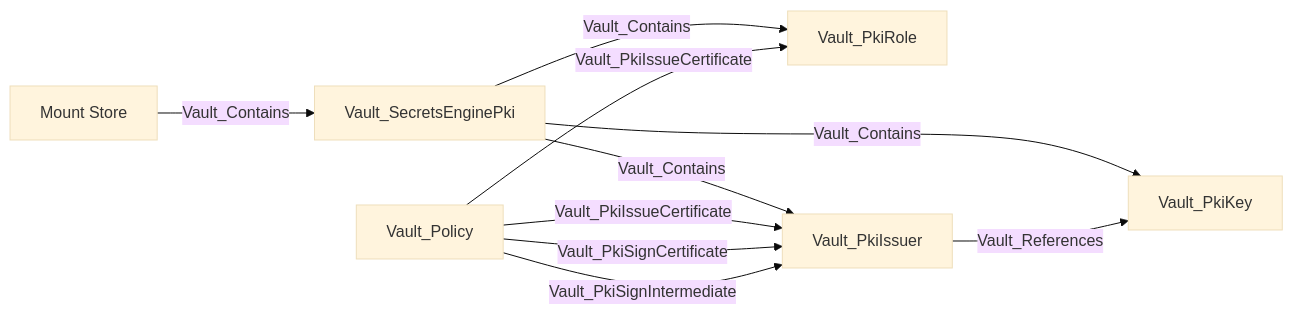
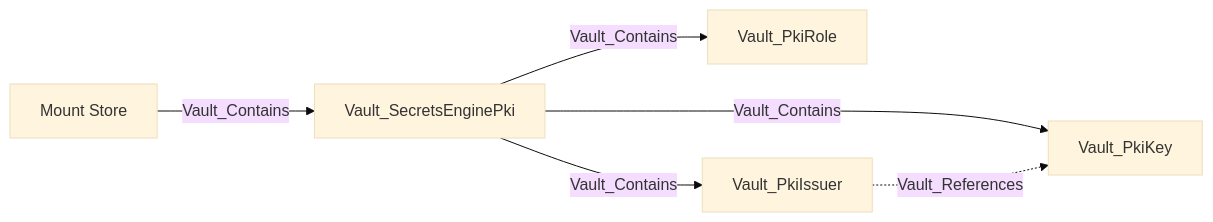
One commit to bytewreck/opengraph-vault changed diagram 20 of 29 in Documentation/stores/MOUNTS.md. Above: the diagram before and after it, drawn with Mermaid (base theme). The commit also changed other lines of this file and 3 other files, not shown here.

````diff
--- a/Documentation/stores/MOUNTS.md
+++ b/Documentation/stores/MOUNTS.md
@@ -341,12 +320,8 @@
 ```mermaid
 flowchart LR
     store[Mount Store] -->|Vault_Contains| mount[Vault_SecretsEnginePki]
     mount -->|Vault_Contains| role[Vault_PkiRole]
     mount -->|Vault_Contains| issuer[Vault_PkiIssuer]
     mount -->|Vault_Contains| key[Vault_PkiKey]
-    issuer -->|Vault_References| key
-    policy[Vault_Policy] -->|Vault_PkiIssueCertificate| role
-    policy -->|Vault_PkiIssueCertificate| issuer
-    policy -->|Vault_PkiSignCertificate| issuer
-    policy -->|Vault_PkiSignIntermediate| issuer
+    issuer -.->|Vault_References| key
 ```
````
